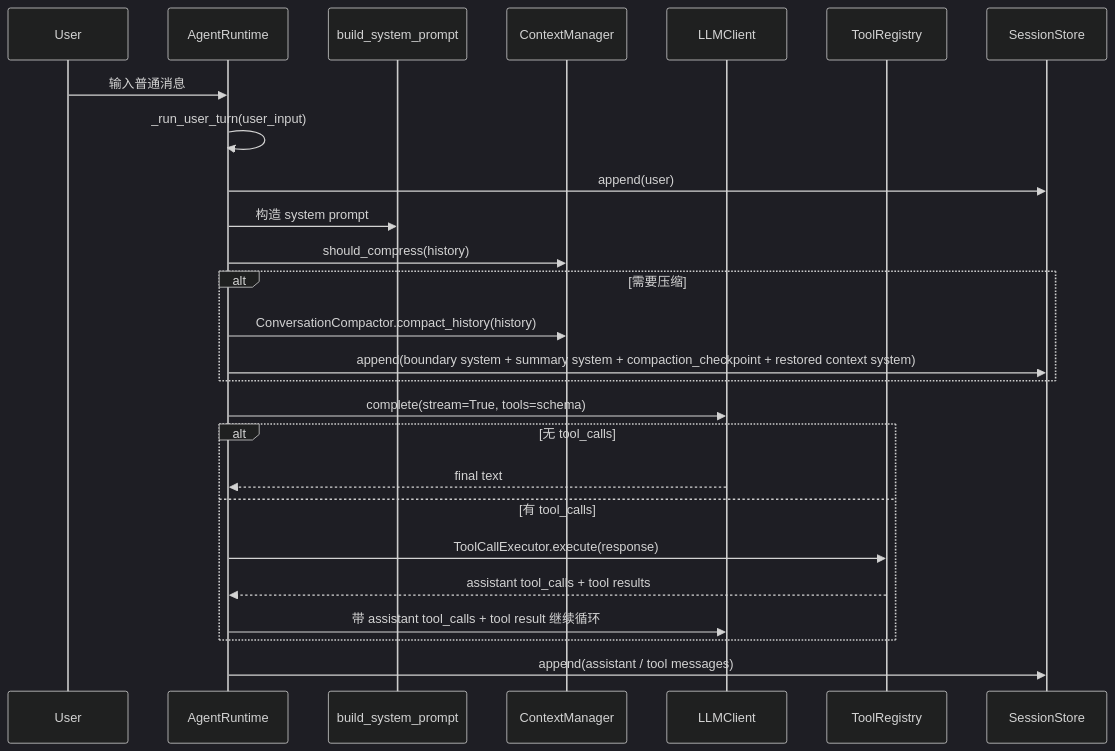
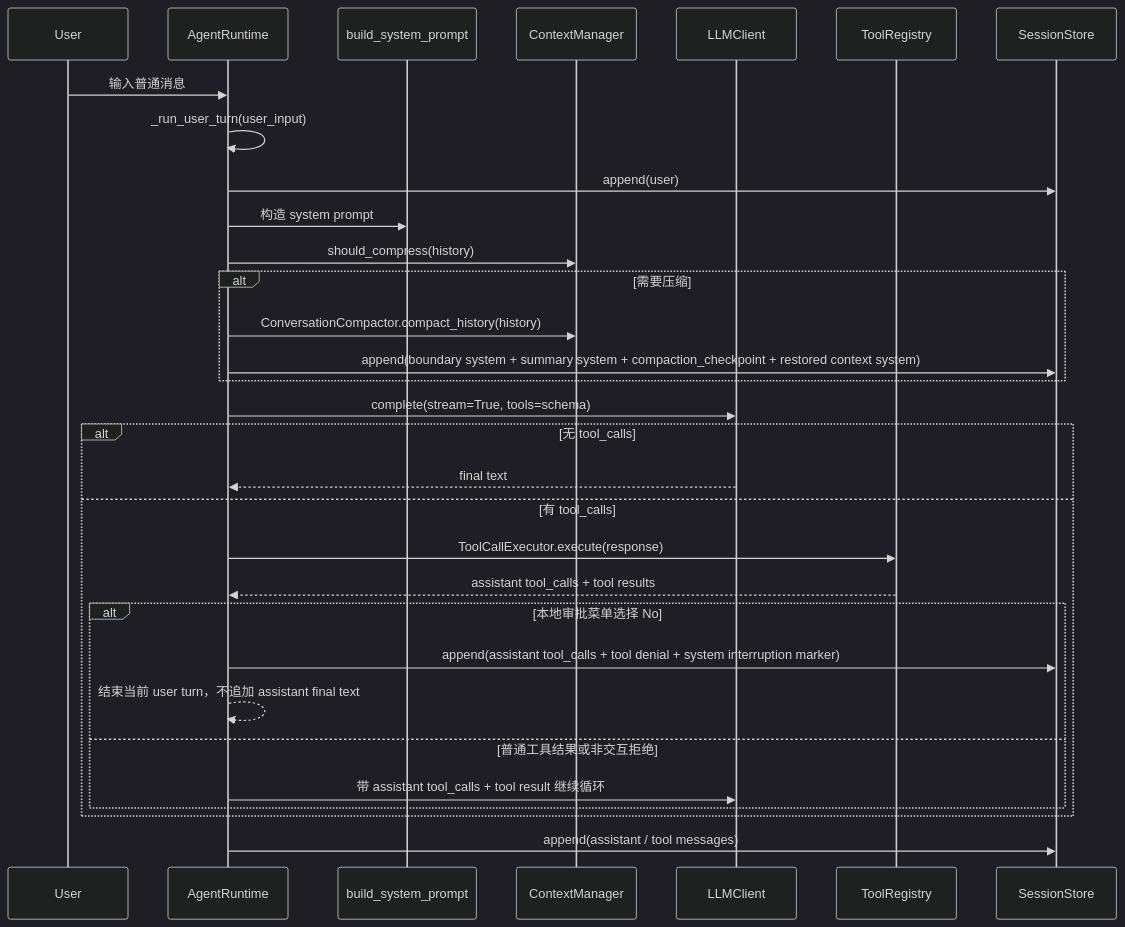
Before and after one commit to acofGDUT/Xcode: the second of 5 diagrams in docs/current/ARCHITECTURE.md, drawn with Mermaid (dark theme). The commit also changed other lines of this file and 14 other files, not shown here.

Commit message:
Interrupt turn after local approval denial

````diff
--- a/docs/current/ARCHITECTURE.md
+++ b/docs/current/ARCHITECTURE.md
@@ -96,29 +96,34 @@
 ```mermaid
 sequenceDiagram
     participant U as User
     participant R as AgentRuntime
     participant P as build_system_prompt
     participant C as ContextManager
     participant L as LLMClient
     participant T as ToolRegistry
     participant S as SessionStore
 
     U->>R: 输入普通消息
     R->>R: _run_user_turn(user_input)
     R->>S: append(user)
     R->>P: 构造 system prompt
     R->>C: should_compress(history)
     alt 需要压缩
         R->>C: ConversationCompactor.compact_history(history)
         R->>S: append(boundary system + summary system + compaction_checkpoint + restored context system)
     end
     R->>L: complete(stream=True, tools=schema)
     alt 无 tool_calls
         L-->>R: final text
     else 有 tool_calls
         R->>T: ToolCallExecutor.execute(response)
         T-->>R: assistant tool_calls + tool results
-        R->>L: 带 assistant tool_calls + tool result 继续循环
+        alt 本地审批菜单选择 No
+            R->>S: append(assistant tool_calls + tool denial + system interruption marker)
+            R-->>R: 结束当前 user turn，不追加 assistant final text
+        else 普通工具结果或非交互拒绝
+            R->>L: 带 assistant tool_calls + tool result 继续循环
+        end
     end
     R->>S: append(assistant / tool messages)
 ```
````
